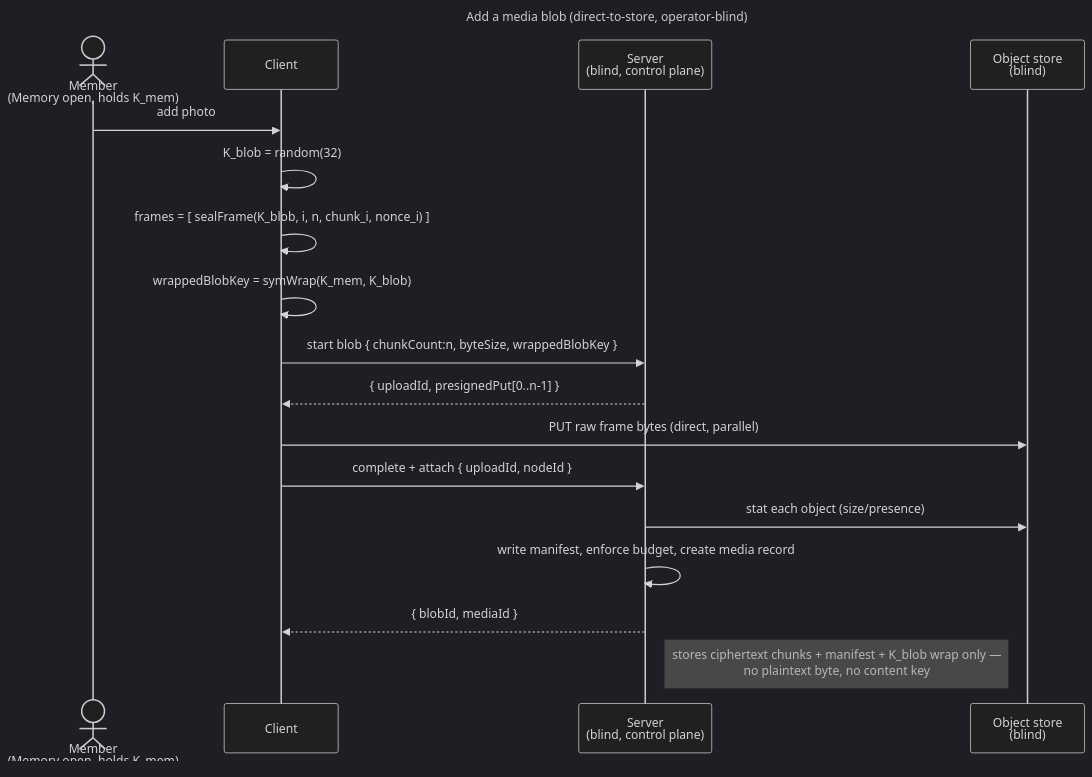
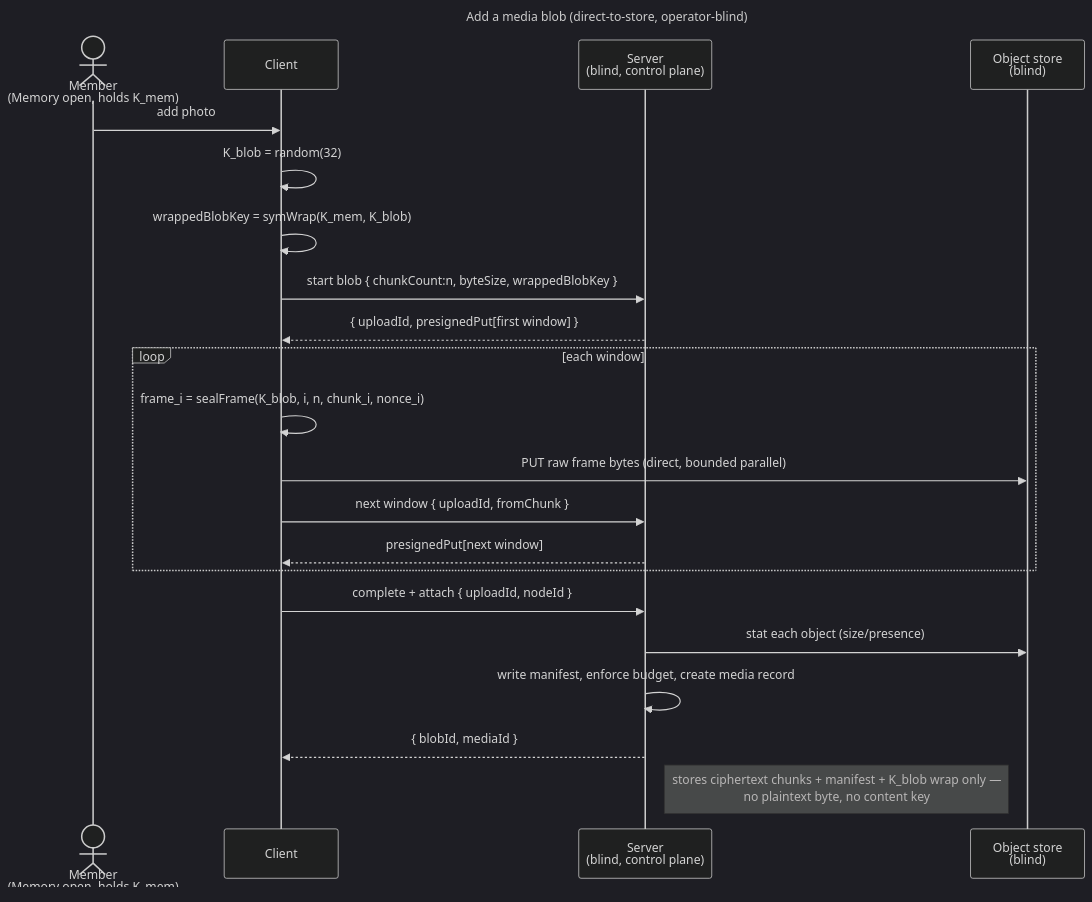
The diagram in docs/features/memory/enablers/en.memory.media.md (raddatzk/veyq), drawn with Mermaid (dark theme) before and after one commit. The commit also changed other lines of this file and 4 other files, not shown here.

````diff
--- a/docs/features/memory/enablers/en.memory.media.md
+++ b/docs/features/memory/enablers/en.memory.media.md
@@ -69,22 +75,26 @@
 ```mermaid
 ---
 title: Add a media blob (direct-to-store, operator-blind)
 ---
 sequenceDiagram
   actor U as Member<br>(Memory open, holds K_mem)
   participant C as Client
   participant S as Server<br>(blind, control plane)
   participant O as Object store<br>(blind)
   U->>C: add photo
   C->>C: K_blob = random(32)
-  C->>C: frames = [ sealFrame(K_blob, i, n, chunk_i, nonce_i) ]
   C->>C: wrappedBlobKey = symWrap(K_mem, K_blob)
   C->>S: start blob { chunkCount:n, byteSize, wrappedBlobKey }
-  S-->>C: { uploadId, presignedPut[0..n-1] }
-  C->>O: PUT raw frame bytes  (direct, parallel)
+  S-->>C: { uploadId, presignedPut[first window] }
+  loop each window
+    C->>C: frame_i = sealFrame(K_blob, i, n, chunk_i, nonce_i)
+    C->>O: PUT raw frame bytes  (direct, bounded parallel)
+    C->>S: next window { uploadId, fromChunk }
+    S-->>C: presignedPut[next window]
+  end
   C->>S: complete + attach { uploadId, nodeId }
   S->>O: stat each object (size/presence)
   S->>S: write manifest, enforce budget, create media record
   S-->>C: { blobId, mediaId }
   Note right of S: stores ciphertext chunks + manifest + K_blob wrap only —<br>no plaintext byte, no content key
 ```
````
